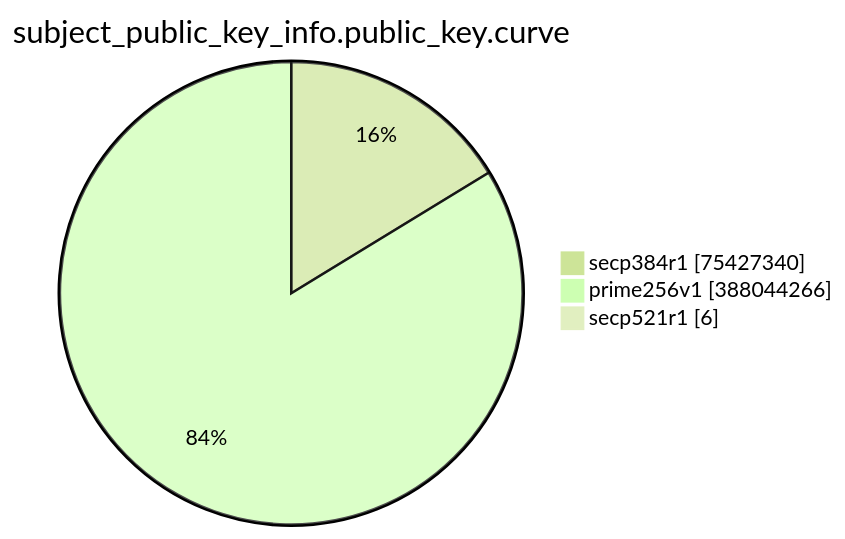
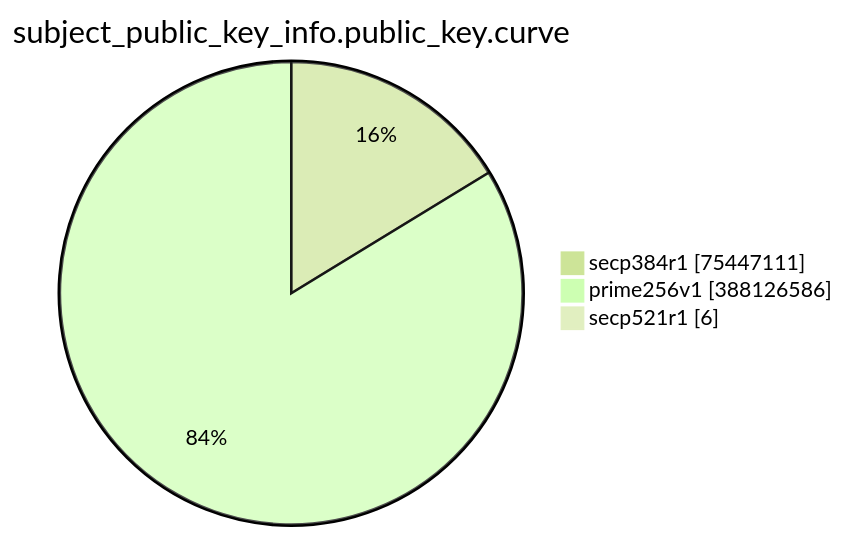
One commit to christiankrug/ctmonitor_visualization changed the eighth of 15 diagrams in TOTAL/README.md. Above: the diagram before and after it, drawn with Mermaid (forest theme). The commit also changed other lines of this file, not shown here.

````diff
--- a/TOTAL/README.md
+++ b/TOTAL/README.md
@@ -3094,7 +3094,7 @@
 ```mermaid
 pie showData
 title subject_public_key_info.public_key.curve
-"secp384r1" :75427340
-"prime256v1" :388044266
+"secp384r1" :75447111
+"prime256v1" :388126586
 "secp521r1" :6
 ```
````
